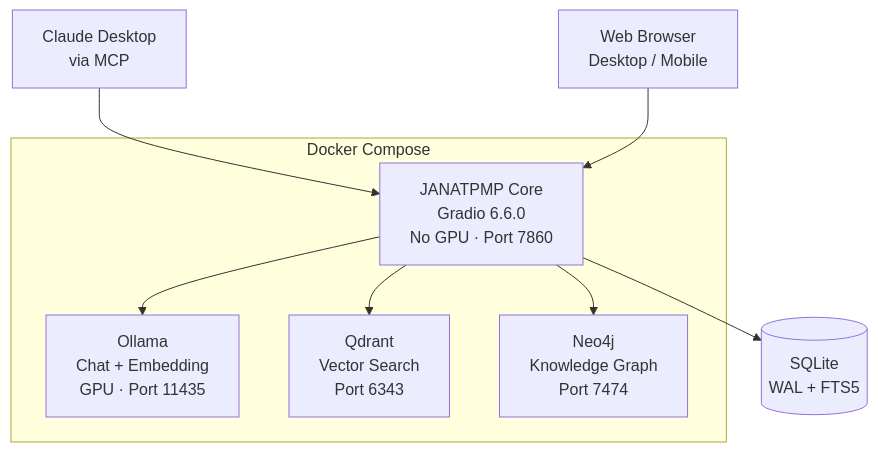
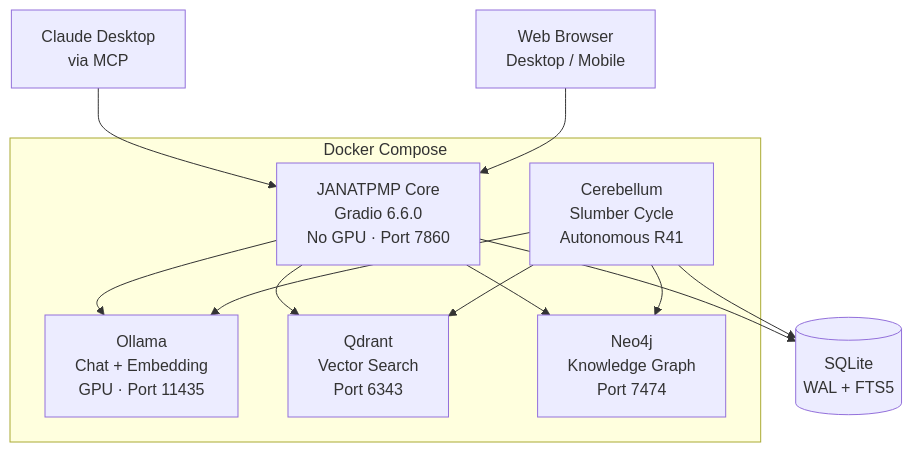
The first of 2 diagrams in README.md (janat-llc/janatpmp), drawn with Mermaid before and after one commit. The commit also changed other lines of this file and 1 other file, not shown here.

Commit message:
R41: Update CLAUDE.md and README.md — Cerebellum documentation

````diff
--- a/README.md
+++ b/README.md
@@ -20,18 +20,23 @@
 ```mermaid
 graph TB
     subgraph Docker Compose
         Core[JANATPMP Core<br/>Gradio 6.6.0<br/>No GPU · Port 7860]
+        Cerebellum[Cerebellum<br/>Slumber Cycle<br/>Autonomous R41]
         Ollama[Ollama<br/>Chat + Embedding<br/>GPU · Port 11435]
         Qdrant[Qdrant<br/>Vector Search<br/>Port 6343]
         Neo4j[Neo4j<br/>Knowledge Graph<br/>Port 7474]
     end
 
     SQLite[(SQLite<br/>WAL + FTS5)]
     Core --> SQLite
+    Cerebellum --> SQLite
     Core --> Ollama
+    Cerebellum --> Ollama
     Core --> Qdrant
+    Cerebellum --> Qdrant
     Core --> Neo4j
+    Cerebellum --> Neo4j
 
     Claude[Claude Desktop<br/>via MCP] --> Core
     Browser[Web Browser<br/>Desktop / Mobile] --> Core
 ```
````
